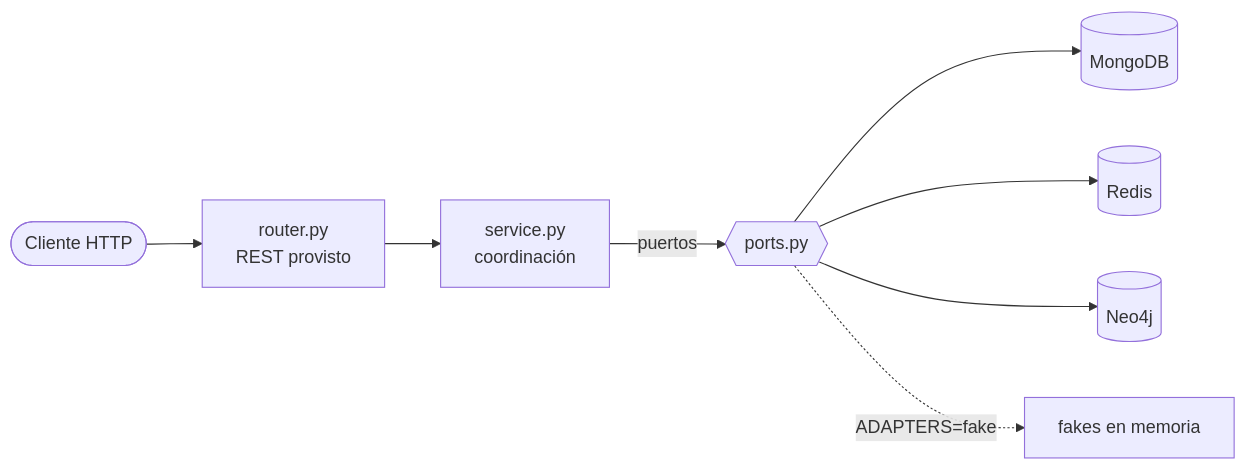
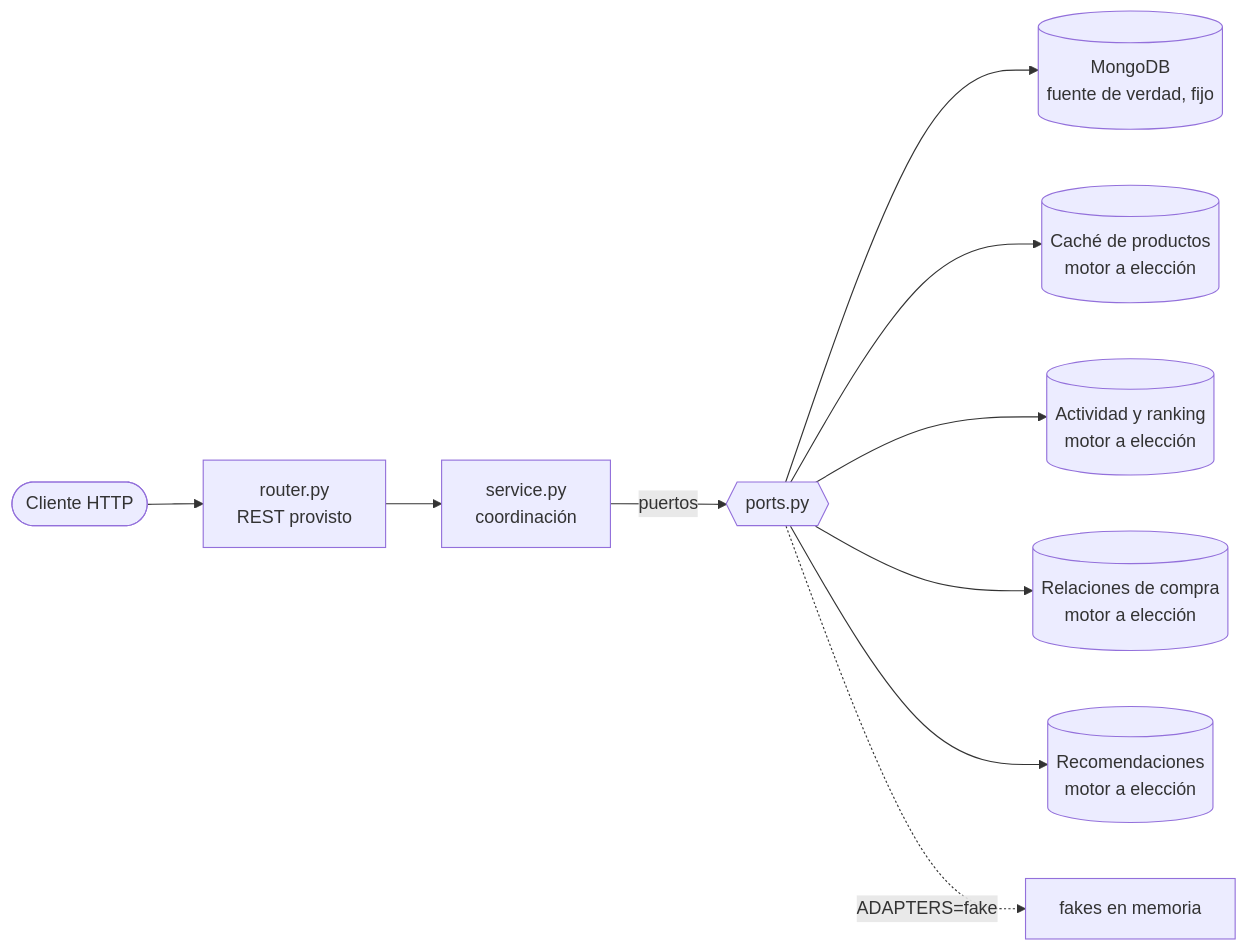
The diagram in README.md (himuraxkenji/integrador-no-sql), drawn with Mermaid before and after one commit. The commit also changed other lines of this file and 1 other file, not shown here.

````diff
--- a/README.md
+++ b/README.md
@@ -39,10 +45,12 @@
 ```mermaid
 flowchart LR
     Client([Cliente HTTP]) --> Router[router.py<br/>REST provisto]
     Router --> Service[service.py<br/>coordinación]
     Service -->|puertos| Ports{{ports.py}}
-    Ports --> Mongo[(MongoDB)]
-    Ports --> Redis[(Redis)]
-    Ports --> Neo4j[(Neo4j)]
+    Ports --> Mongo[(MongoDB<br/>fuente de verdad, fijo)]
+    Ports --> Cache[(Caché de productos<br/>motor a elección)]
+    Ports --> Activity[(Actividad y ranking<br/>motor a elección)]
+    Ports --> Relations[(Relaciones de compra<br/>motor a elección)]
+    Ports --> Finder[(Recomendaciones<br/>motor a elección)]
     Ports -.->|ADAPTERS=fake| Fakes[fakes en memoria]
 ```
````
